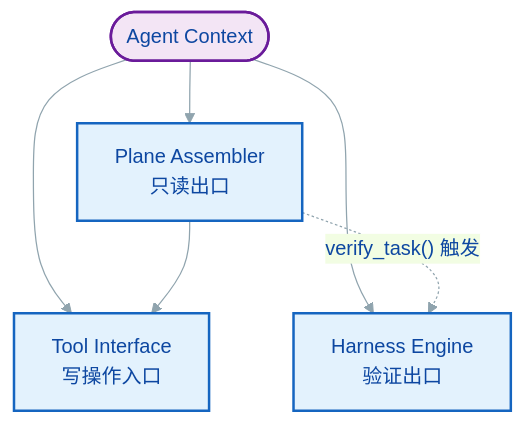
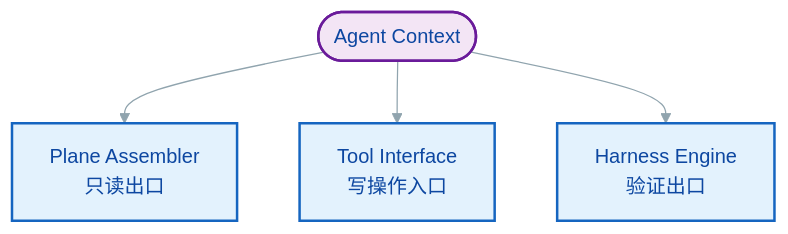
The fifth of 6 diagrams in docs/spec.md (Lazyn0tBug/mem0ress), drawn with Mermaid before and after one commit. The commit also changed other lines of this file, not shown here.

````diff
--- a/docs/spec.md
+++ b/docs/spec.md
@@ -554,22 +555,19 @@
 ```mermaid
 %% label：三模块边界
 %%{ init: { 'theme': 'base', 'themeVariables': { 'primaryColor': '#e3f2fd', 'primaryTextColor': '#0d47a1', 'primaryBorderColor': '#1565c0', 'lineColor': '#90a4ae', 'fontFamily': 'arial' } } }%%
 graph TB
     Agent(["Agent Context"])
 
     PA["Plane Assembler<br>只读出口"]
     TI["Tool Interface<br>写操作入口"]
     HE["Harness Engine<br>验证出口"]
 
     Agent --> PA
     Agent --> TI
     Agent --> HE
 
-    PA --> TI
-    PA -. "verify_task() 触发" .-> HE
-
     classDef mod fill:#e3f2fd,stroke:#1565c0,stroke-width:2px;
     classDef agent fill:#f3e5f5,stroke:#6a1b9a,stroke-width:2px;
     class PA,TI,HE mod;
     class Agent agent;
 ```
````
